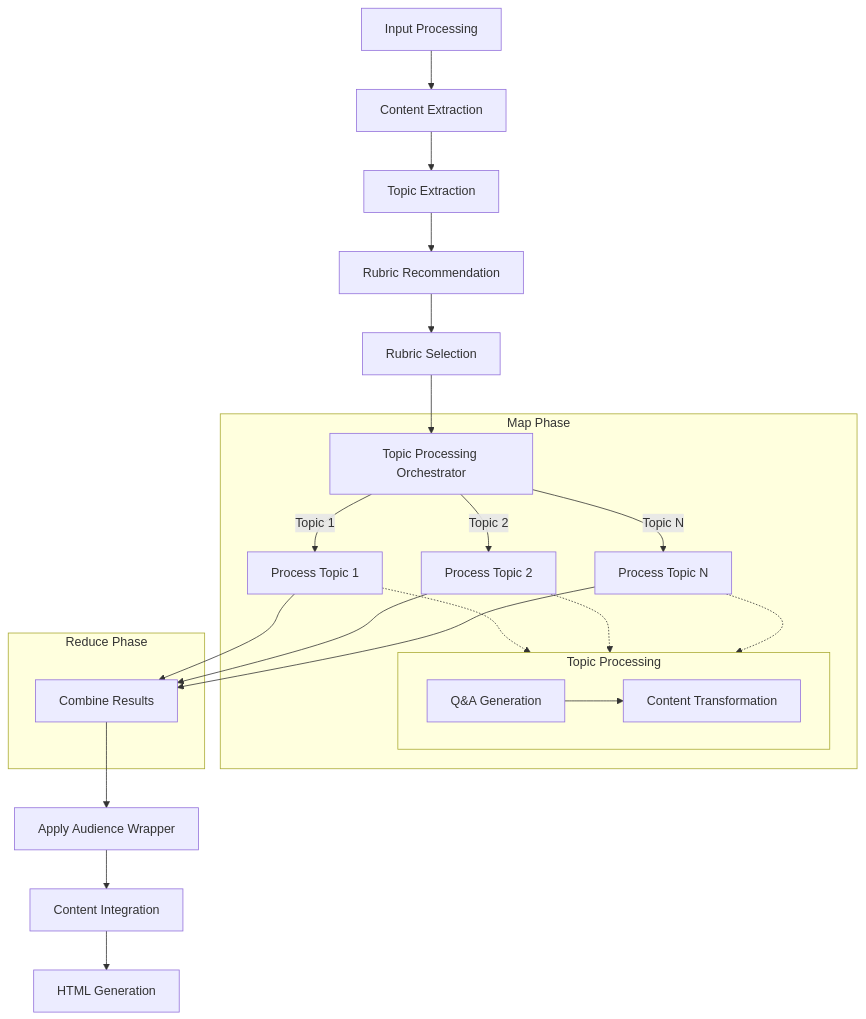
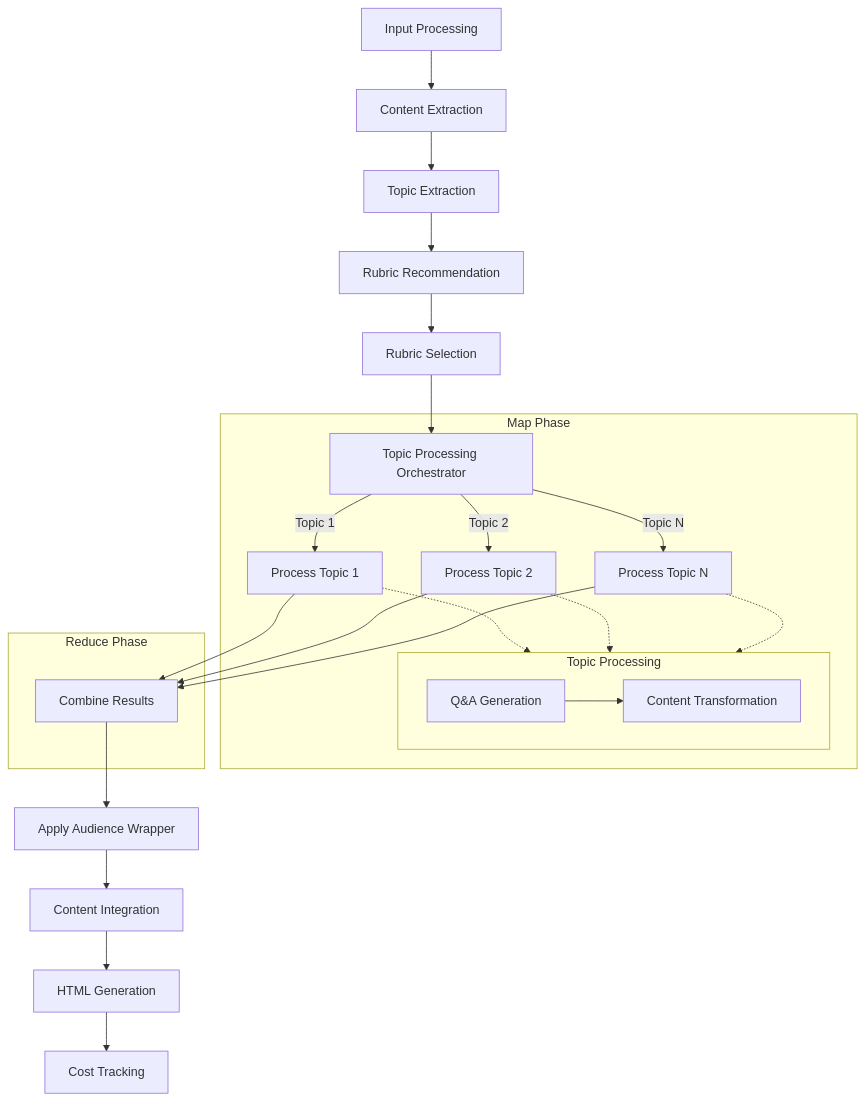
The diagram in docs/design.md (Kjdragan/pf1), drawn with Mermaid before and after one commit. The commit also changed other lines of this file and 11 other files, not shown here.

````diff
--- a/docs/design.md
+++ b/docs/design.md
@@ -49,32 +52,33 @@
 ```mermaid
 flowchart TD
     inputNode[Input Processing] --> extractNode[Content Extraction]
     extractNode --> topicNode[Topic Extraction]
     topicNode --> rubricRecNode[Rubric Recommendation]
     rubricRecNode --> rubricSelNode[Rubric Selection]
     rubricSelNode --> orchestratorNode[Topic Processing Orchestrator]
     
     subgraph mapPhase[Map Phase]
         orchestratorNode --> |Topic 1| process1[Process Topic 1]
         orchestratorNode --> |Topic 2| process2[Process Topic 2]
         orchestratorNode --> |Topic N| process3[Process Topic N]
         
         subgraph topicProcess[Topic Processing]
             qa[Q&A Generation] --> transform[Content Transformation]
         end
         
         process1 -.-> topicProcess
         process2 -.-> topicProcess
         process3 -.-> topicProcess
     end
     
     subgraph reducePhase[Reduce Phase]
         process1 --> combineResults[Combine Results]
         process2 --> combineResults
         process3 --> combineResults
     end
     
     combineResults --> audienceNode[Apply Audience Wrapper]
     audienceNode --> integrationNode[Content Integration]
     integrationNode --> htmlNode[HTML Generation]
+    htmlNode --> costNode[Cost Tracking]
 ```
````
